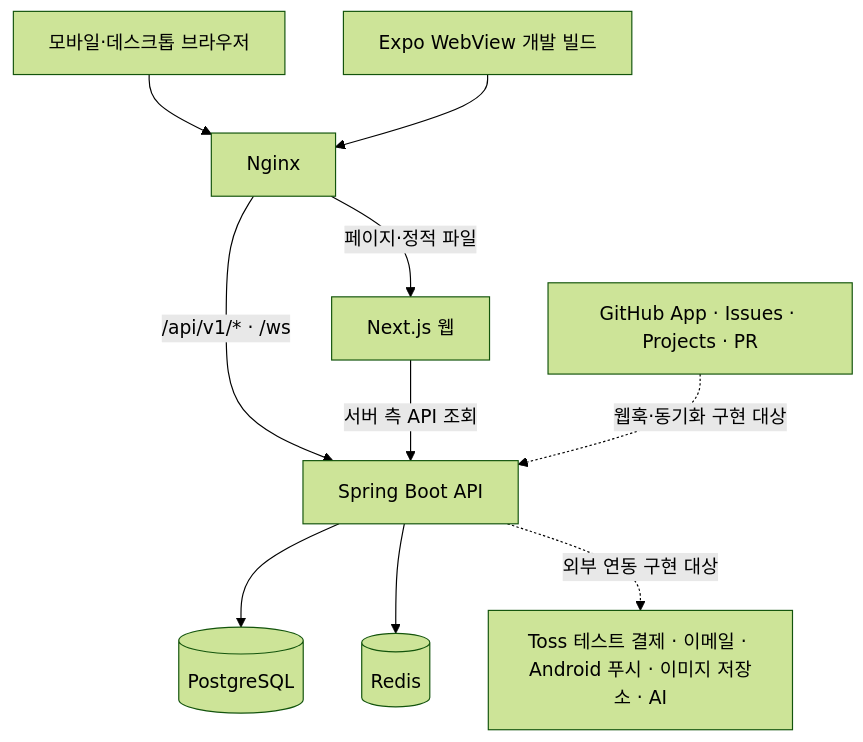
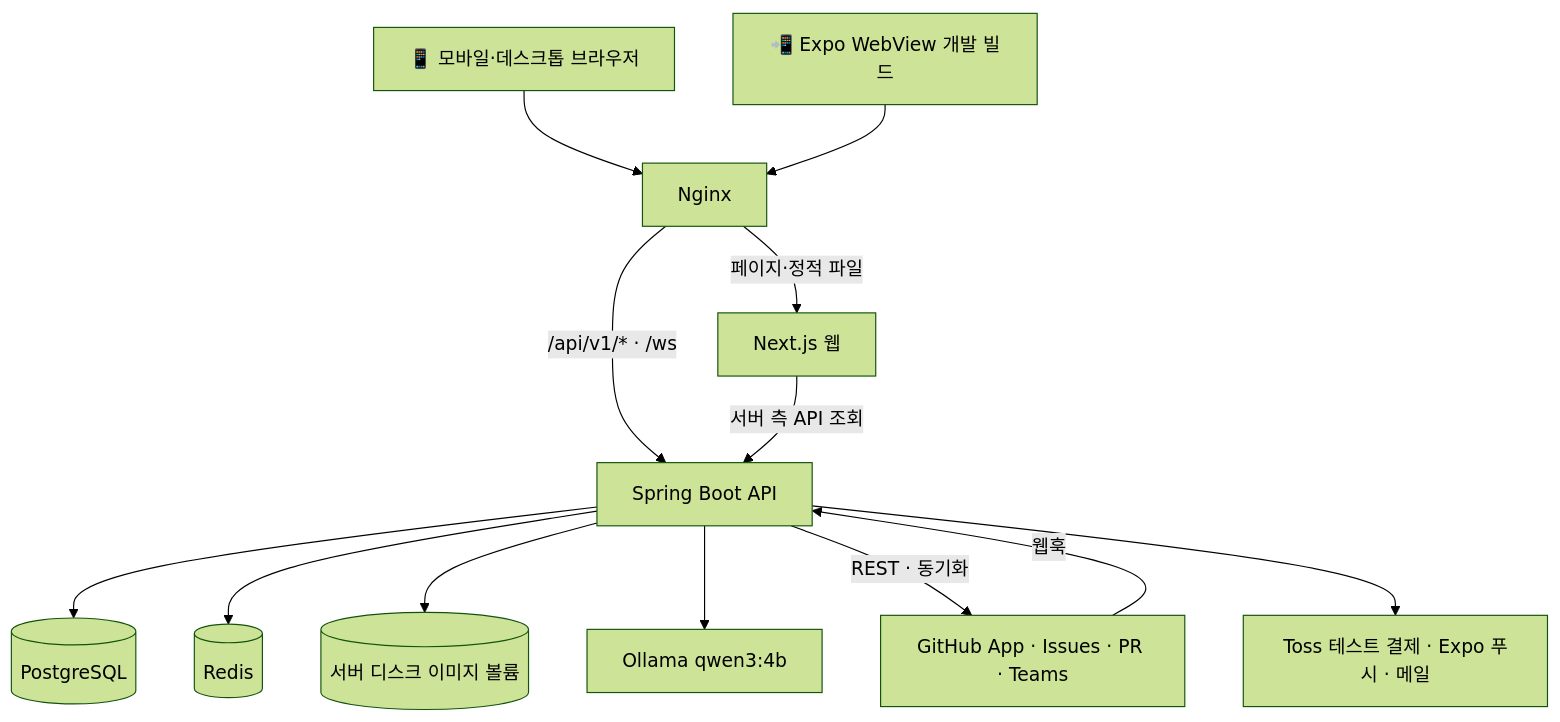
Before and after one commit to likelion-backendschool-9th/Linker: the second of 3 diagrams in README.md, drawn with Mermaid (forest theme). The commit also changed other lines of this file and 19 other files, not shown here.

````diff
--- a/README.md
+++ b/README.md
@@ -151,12 +246,15 @@
 ```mermaid
 flowchart TB
-  Browser[모바일·데스크톱 브라우저] --> Ingress[Nginx]
-  App[Expo WebView 개발 빌드] --> Ingress
+  Browser[📱 모바일·데스크톱 브라우저] --> Ingress[Nginx]
+  App[📲 Expo WebView 개발 빌드] --> Ingress
   Ingress -->|페이지·정적 파일| Web[Next.js 웹]
   Ingress -->|/api/v1/* · /ws| API[Spring Boot API]
   Web -->|서버 측 API 조회| API
   API --> DB[(PostgreSQL)]
   API --> Redis[(Redis)]
-  GitHub[GitHub App · Issues · Projects · PR] -. 웹훅·동기화 구현 대상 .-> API
-  API -. 외부 연동 구현 대상 .-> External[Toss 테스트 결제 · 이메일 · Android 푸시 · 이미지 저장소 · AI]
+  API --> Files[(서버 디스크 이미지 볼륨)]
+  API --> Ollama[Ollama qwen3:4b]
+  GitHub[GitHub App · Issues · PR · Teams] -->|웹훅| API
+  API -->|REST · 동기화| GitHub
+  API --> External[Toss 테스트 결제 · Expo 푸시 · 메일]
 ```
````
